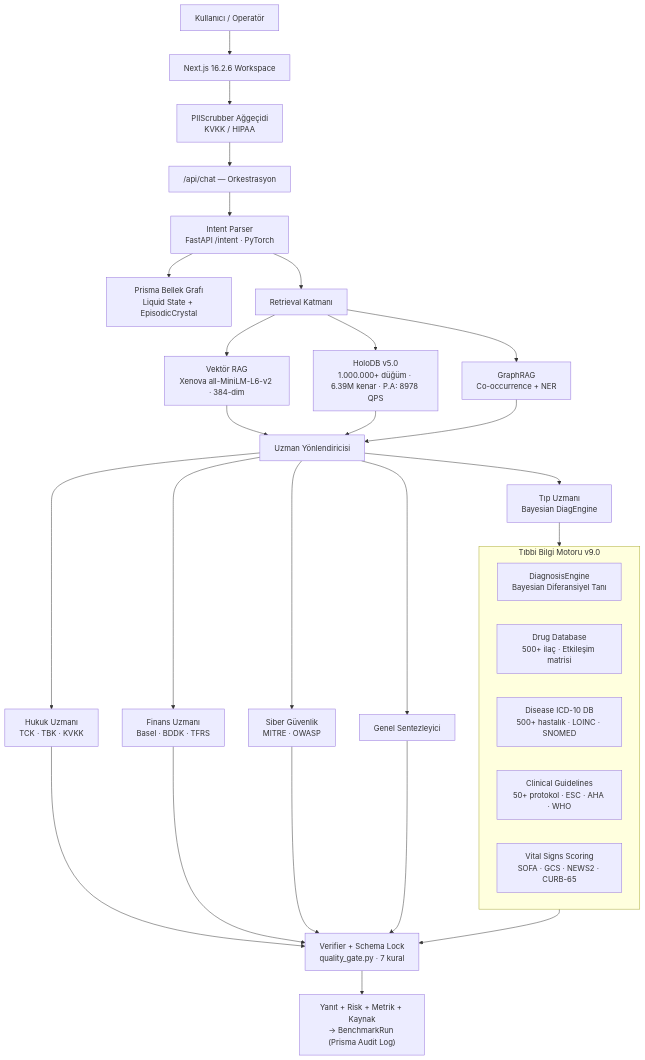
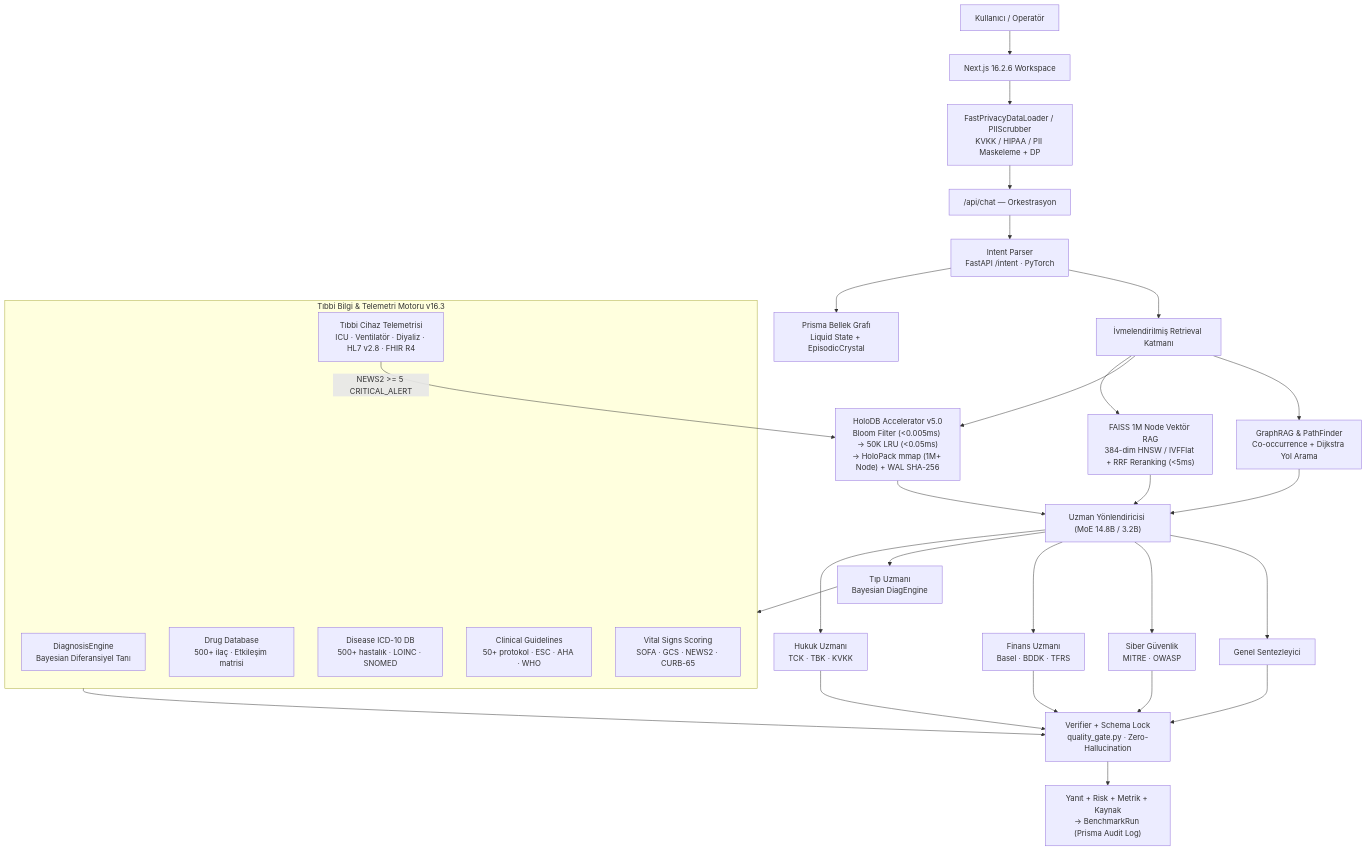
One commit to sakipfikrret/OmniEngine changed the first of 2 diagrams in WHITEPAPER.md. Above: the diagram before and after it, drawn with Mermaid. The commit also changed other lines of this file and 2 other files, not shown here.

````diff
--- a/WHITEPAPER.md
+++ b/WHITEPAPER.md
@@ -113,36 +117,41 @@
 ```mermaid
 flowchart TD
     U["Kullanıcı / Operatör"] --> UI["Next.js 16.2.6 Workspace"]
-    UI --> PII["PIIScrubber Ağgeçidi\nKVKK / HIPAA"]
+    UI --> PII["FastPrivacyDataLoader / PIIScrubber\nKVKK / HIPAA / PII Maskeleme + DP"]
     PII --> API["/api/chat — Orkestrasyon"]
     API --> IP["Intent Parser\nFastAPI /intent · PyTorch"]
     IP --> MEM["Prisma Bellek Grafı\nLiquid State + EpisodicCrystal"]
-    IP --> RET["Retrieval Katmanı"]
-    RET --> VEC["Vektör RAG\nXenova all-MiniLM-L6-v2 · 384-dim"]
-    RET --> HDB["HoloDB v5.0\n1.000.000+ düğüm · 6.39M kenar · P.A: 8978 QPS"]
-    RET --> GR["GraphRAG\nCo-occurrence + NER"]
-    VEC --> ROUTER["Uzman Yönlendiricisi"]
-    HDB --> ROUTER
+    IP --> RET["İvmelendirilmiş Retrieval Katmanı"]
+    
+    RET --> VEC["FAISS 1M Node Vektör RAG\n384-dim HNSW / IVFFlat + RRF Reranking (<5ms)"]
+    RET --> ACCEL["HoloDB Accelerator v5.0\nBloom Filter (<0.005ms) → 50K LRU (<0.05ms)\n→ HoloPack mmap (1M+ Node) + WAL SHA-256"]
+    RET --> GR["GraphRAG & PathFinder\nCo-occurrence + Dijkstra Yol Arama"]
+    
+    VEC --> ROUTER["Uzman Yönlendiricisi (MoE 14.8B / 3.2B)"]
+    ACCEL --> ROUTER
     GR --> ROUTER
+    
     ROUTER --> LEG["Hukuk Uzmanı\nTCK · TBK · KVKK"]
     ROUTER --> MED["Tıp Uzmanı\nBayesian DiagEngine"]
     ROUTER --> FIN["Finans Uzmanı\nBasel · BDDK · TFRS"]
     ROUTER --> CYB["Siber Güvenlik\nMITRE · OWASP"]
     ROUTER --> GEN["Genel Sentezleyici"]
 
-    subgraph MEDSYS["Tıbbi Bilgi Motoru v9.0"]
+    subgraph MEDSYS["Tıbbi Bilgi & Telemetri Motoru v16.3"]
         DE["DiagnosisEngine\nBayesian Diferansiyel Tanı"]
         DDB["Drug Database\n500+ ilaç · Etkileşim matrisi"]
         DIS["Disease ICD-10 DB\n500+ hastalık · LOINC · SNOMED"]
         GL["Clinical Guidelines\n50+ protokol · ESC · AHA · WHO"]
         VS["Vital Signs Scoring\nSOFA · GCS · NEWS2 · CURB-65"]
+        DEV["Tıbbi Cihaz Telemetrisi\nICU · Ventilatör · Diyaliz · HL7 v2.8 · FHIR R4"]
     end
 
+    DEV -->|NEWS2 >= 5 CRITICAL_ALERT| ACCEL
     MED --> MEDSYS
-    MEDSYS --> VER["Verifier + Schema Lock\nquality_gate.py · 7 kural"]
+    MEDSYS --> VER["Verifier + Schema Lock\nquality_gate.py · Zero-Hallucination"]
     LEG --> VER
     FIN --> VER
     CYB --> VER
     GEN --> VER
     VER --> OUT["Yanıt + Risk + Metrik + Kaynak\n→ BenchmarkRun (Prisma Audit Log)"]
 ```
````
